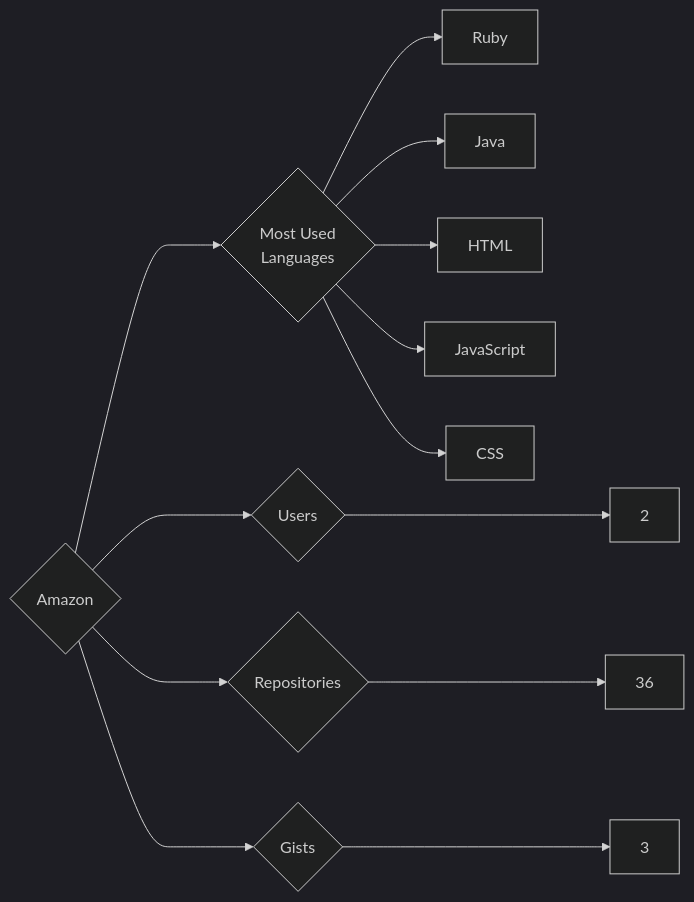
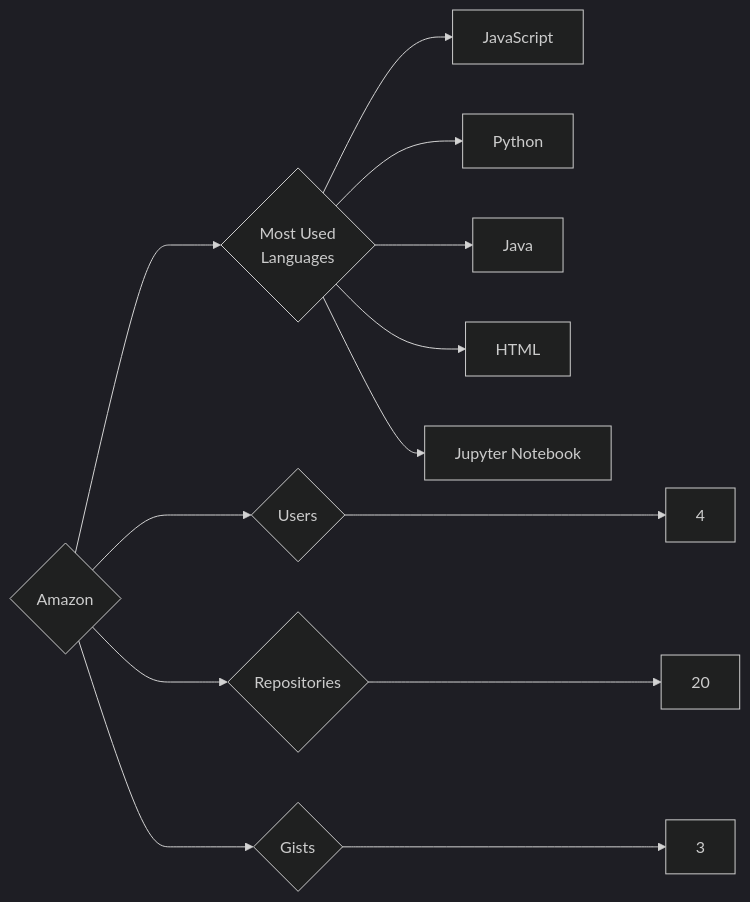
The diagram in targets/Amazon/README.md (trickest/insiders), drawn with Mermaid (dark theme) before and after one commit. The commit also changed 912 other files, not shown here.

````diff
--- a/targets/Amazon/README.md
+++ b/targets/Amazon/README.md
@@ -3,13 +3,13 @@
 ```mermaid
 graph LR
 COMPANY_NAME{Amazon}
-COMPANY_NAME ---> U{Users} ---> UN[2]
-COMPANY_NAME ---> R{Repositories} ---> RN[36]
+COMPANY_NAME ---> U{Users} ---> UN[4]
+COMPANY_NAME ---> R{Repositories} ---> RN[20]
 COMPANY_NAME ---> G{Gists} ---> GN[3]
 COMPANY_NAME ---> ML{Most Used<br>Languages}
-ML --> Ruby[Ruby]
+ML --> JavaScript[JavaScript]
+ML --> Python[Python]
 ML --> Java[Java]
 ML --> HTML[HTML]
-ML --> JavaScript[JavaScript]
-ML --> CSS[CSS]
+ML --> Jupyter_Notebook[Jupyter Notebook]
 ```
````
